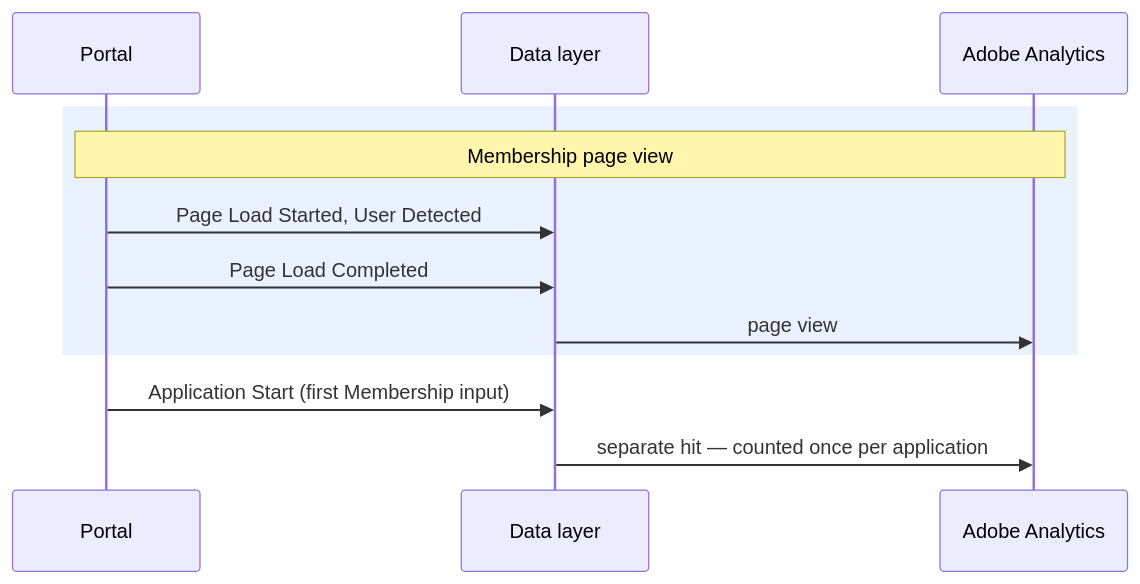
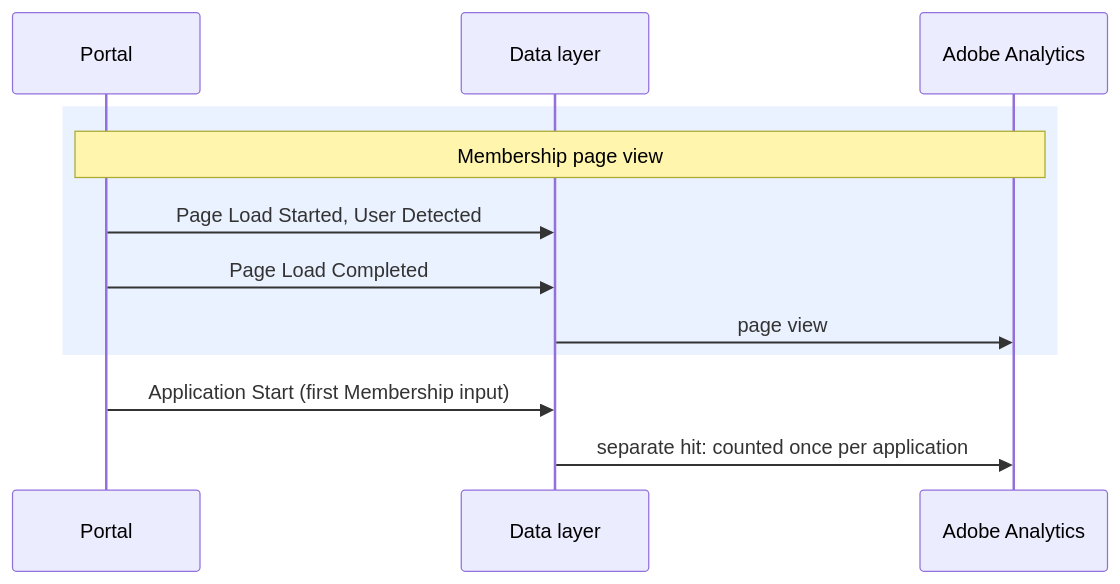
The diagram in events/application-start.md (further-external/client-nyl-gmad-dl-spec), drawn with Mermaid before and after one commit. The commit also changed other lines of this file and 12 other files, not shown here.

````diff
--- a/events/application-start.md
+++ b/events/application-start.md
@@ -40,14 +42,14 @@
 ```mermaid
 sequenceDiagram
   participant UI as Portal
   participant DL as Data layer
   participant AA as Adobe Analytics
   rect rgba(80,140,255,0.12)
     Note over UI,AA: Membership page view
     UI->>DL: Page Load Started, User Detected
     UI->>DL: Page Load Completed
     DL->>AA: page view
   end
   UI->>DL: Application Start (first Membership input)
-  DL->>AA: separate hit — counted once per application
+  DL->>AA: separate hit: counted once per application
 ```
````
